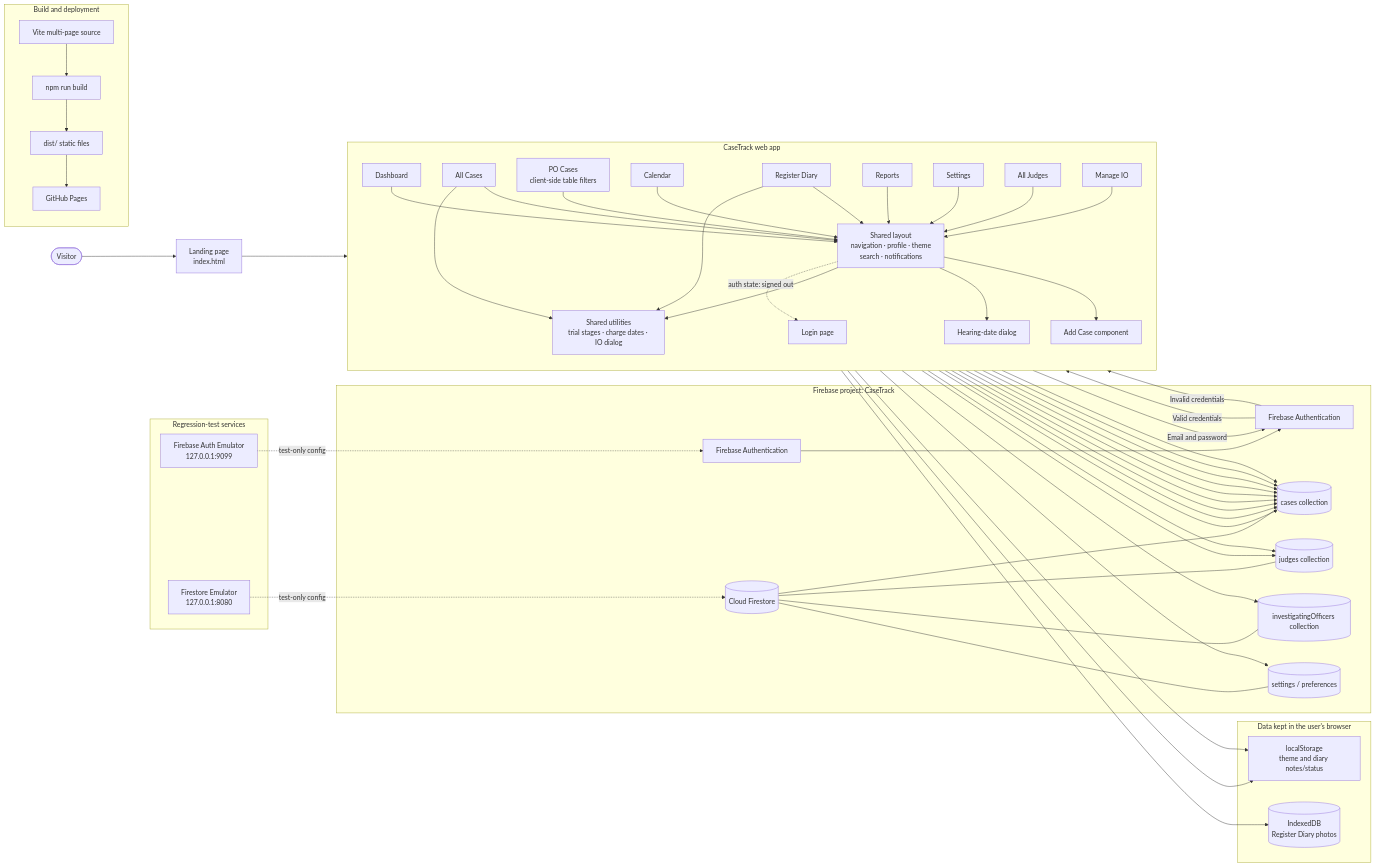
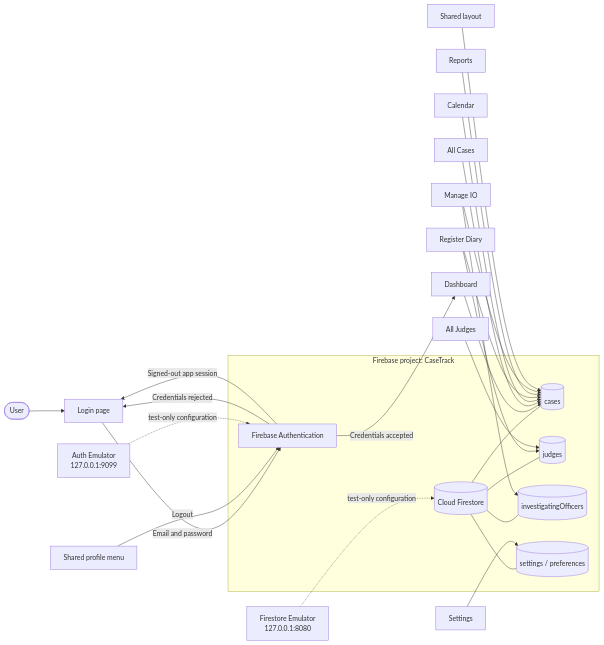
One commit to sknarwal03/CaseTrack changed the third of 5 diagrams in WEBSITE-ARCHITECTURE.md. Above: the diagram before and after it, drawn with Mermaid. The commit also changed other lines of this file and 7 other files, not shown here.

````diff
--- a/WEBSITE-ARCHITECTURE.md
+++ b/WEBSITE-ARCHITECTURE.md
@@ -3,96 +111,39 @@
 ```mermaid
 flowchart LR
-    Visitor([Visitor]) --> Landing["Landing page<br/>index.html"]
-    Landing --> Login["Login page"]
+    User([User]) --> Login["Login page"]
     Login -->|Email and password| Auth["Firebase Authentication"]
-    Auth -->|Valid credentials| Dashboard["Dashboard"]
-    Auth -->|Invalid credentials| Login
-
-    subgraph WebApp["CaseTrack web app"]
-        direction TB
-        Dashboard
-        Cases["All Cases"]
-        POCases["PO Cases<br/>client-side table filters"]
-        Calendar["Calendar"]
-        Diary["Register Diary"]
-        Reports["Reports"]
-        Settings["Settings"]
-        Judges["All Judges"]
-        Officers["Manage IO"]
-
-        Shared["Shared layout<br/>navigation · profile · theme<br/>search · notifications"]
-        AddCase["Add Case component"]
-        DateDialog["Hearing-date dialog"]
-        Helpers["Shared utilities<br/>trial stages · charge dates · IO dialog"]
-
-        Dashboard --> Shared
-        Cases --> Shared
-        POCases --> Shared
-        Calendar --> Shared
-        Diary --> Shared
-        Reports --> Shared
-        Settings --> Shared
-        Judges --> Shared
-        Officers --> Shared
-
-        Shared --> AddCase
-        Shared --> DateDialog
-        Shared --> Helpers
-        Diary --> Helpers
-        Cases --> Helpers
-
-        Shared -. "auth state: signed out" .-> Login
-    end
+    Auth -->|Credentials accepted| Dashboard["Dashboard"]
+    Auth -->|Credentials rejected| Login
+    Auth -->|Signed-out app session| Login
+    Profile["Shared profile menu"] -->|Logout| Auth
 
     subgraph Firebase["Firebase project: CaseTrack"]
-        FireAuth["Firebase Authentication"]
+        Auth
         Firestore[("Cloud Firestore")]
-        CasesData[("cases collection")]
-        JudgesData[("judges collection")]
-        IOData[("investigatingOfficers collection")]
+        CasesData[("cases")]
+        JudgesData[("judges")]
+        IOData[("investigatingOfficers")]
         PrefsData[("settings / preferences")]
-
         Firestore --- CasesData
         Firestore --- JudgesData
         Firestore --- IOData
         Firestore --- PrefsData
-        FireAuth --> Auth
     end
 
     Dashboard --> CasesData
-    Cases --> CasesData
-    Calendar --> CasesData
-    Diary --> CasesData
+    CasesPage["All Cases"] --> CasesData
+    Calendar["Calendar"] --> CasesData
+    Diary["Register Diary"] --> CasesData
     Diary --> JudgesData
-    Reports --> CasesData
-    Settings --> PrefsData
-    Judges --> JudgesData
-    Officers --> IOData
+    Reports["Reports"] --> CasesData
+    Settings["Settings"] --> PrefsData
+    JudgesPage["All Judges"] --> JudgesData
+    Officers["Manage IO"] --> IOData
     Officers --> CasesData
-    AddCase --> CasesData
-    DateDialog --> CasesData
-    Shared --> CasesData
+    Shared["Shared layout"] --> CasesData
 
-    subgraph BrowserData["Data kept in the user's browser"]
-        LocalStorage["localStorage<br/>theme and diary notes/status"]
-        IndexedDB[("IndexedDB<br/>Register Diary photos")]
-    end
-    Shared --> LocalStorage
-    Diary --> LocalStorage
-    Diary --> IndexedDB
-
-    subgraph Delivery["Build and deployment"]
-        Source["Vite multi-page source"]
-        Build["npm run build"]
-        Dist["dist/ static files"]
-        Pages["GitHub Pages"]
-        Source --> Build --> Dist --> Pages
-    end
-
-    subgraph TestServices["Regression-test services"]
-        EmulatorAuth["Firebase Auth Emulator<br/>127.0.0.1:9099"]
-        EmulatorStore["Firestore Emulator<br/>127.0.0.1:8080"]
-    end
-    EmulatorAuth -. "test-only config" .-> FireAuth
-    EmulatorStore -. "test-only config" .-> Firestore
+    AuthEmulator["Auth Emulator<br/>127.0.0.1:9099"]
+    StoreEmulator["Firestore Emulator<br/>127.0.0.1:8080"]
+    AuthEmulator -. "test-only configuration" .-> Auth
+    StoreEmulator -. "test-only configuration" .-> Firestore
 ```
````
